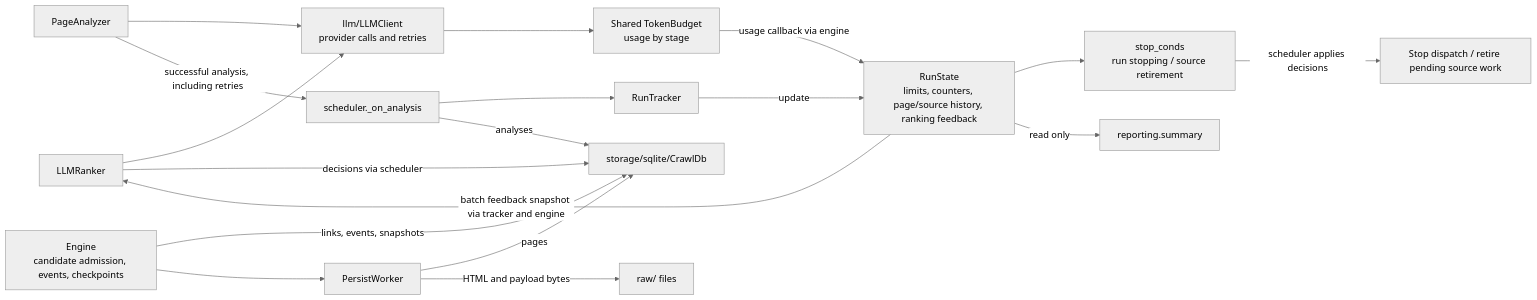
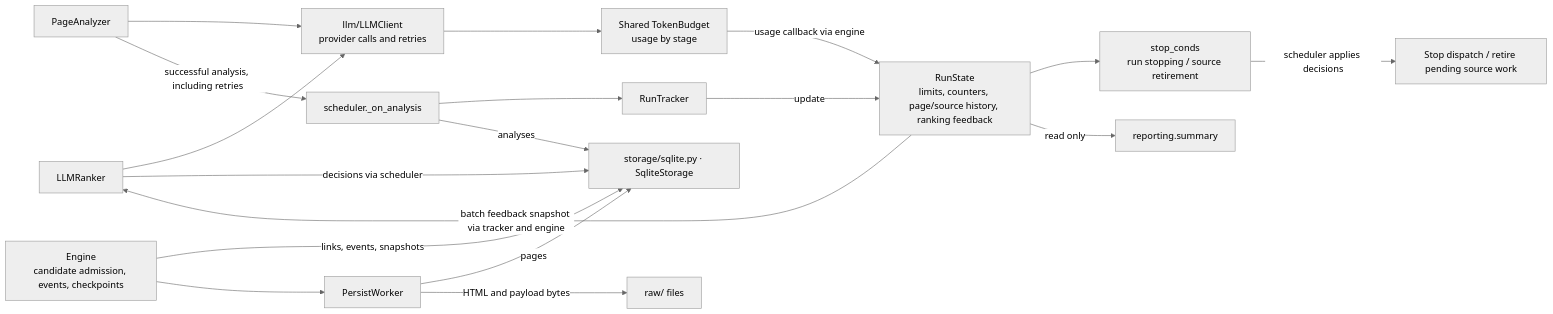
The second of 2 diagrams in docs/arch.md (shixuan/crawl-me-maybe), drawn with Mermaid (neutral theme) before and after one commit. The commit also changed other lines of this file and 14 other files, not shown here.

````diff
--- a/docs/arch.md
+++ b/docs/arch.md
@@ -185,22 +186,22 @@
 ```mermaid
 flowchart LR
     ranker[LLMRanker] --> clients["llm/LLMClient<br>provider calls and retries"]
     analyzer[PageAnalyzer] --> clients
     clients --> budget["Shared TokenBudget<br>usage by stage"]
 
     analyzer -->|successful analysis, including retries| sink["scheduler._on_analysis"]
     sink --> tracker[RunTracker]
     tracker -->|update| state["RunState<br>limits, counters, page/source history, ranking feedback"]
     state -->|batch feedback snapshot via tracker and engine| ranker
     state --> policies["stop_conds<br>run stopping / source retirement"]
     budget -->|usage callback via engine| state
     policies -->|scheduler applies decisions| control["Stop dispatch / retire pending source work"]
 
-    ranker -->|decisions via scheduler| storage["storage/sqlite/CrawlDb"]
+    ranker -->|decisions via scheduler| storage["storage/sqlite.py · SqliteStorage"]
     sink -->|analyses| storage
     scheduler["Engine<br>candidate admission, events, checkpoints"] -->|links, events, snapshots| storage
     scheduler --> persistence[PersistWorker]
     persistence -->|pages| storage
     persistence -->|HTML and payload bytes| raw["raw/ files"]
     state -->|read only| report["reporting.summary"]
 ```
````
